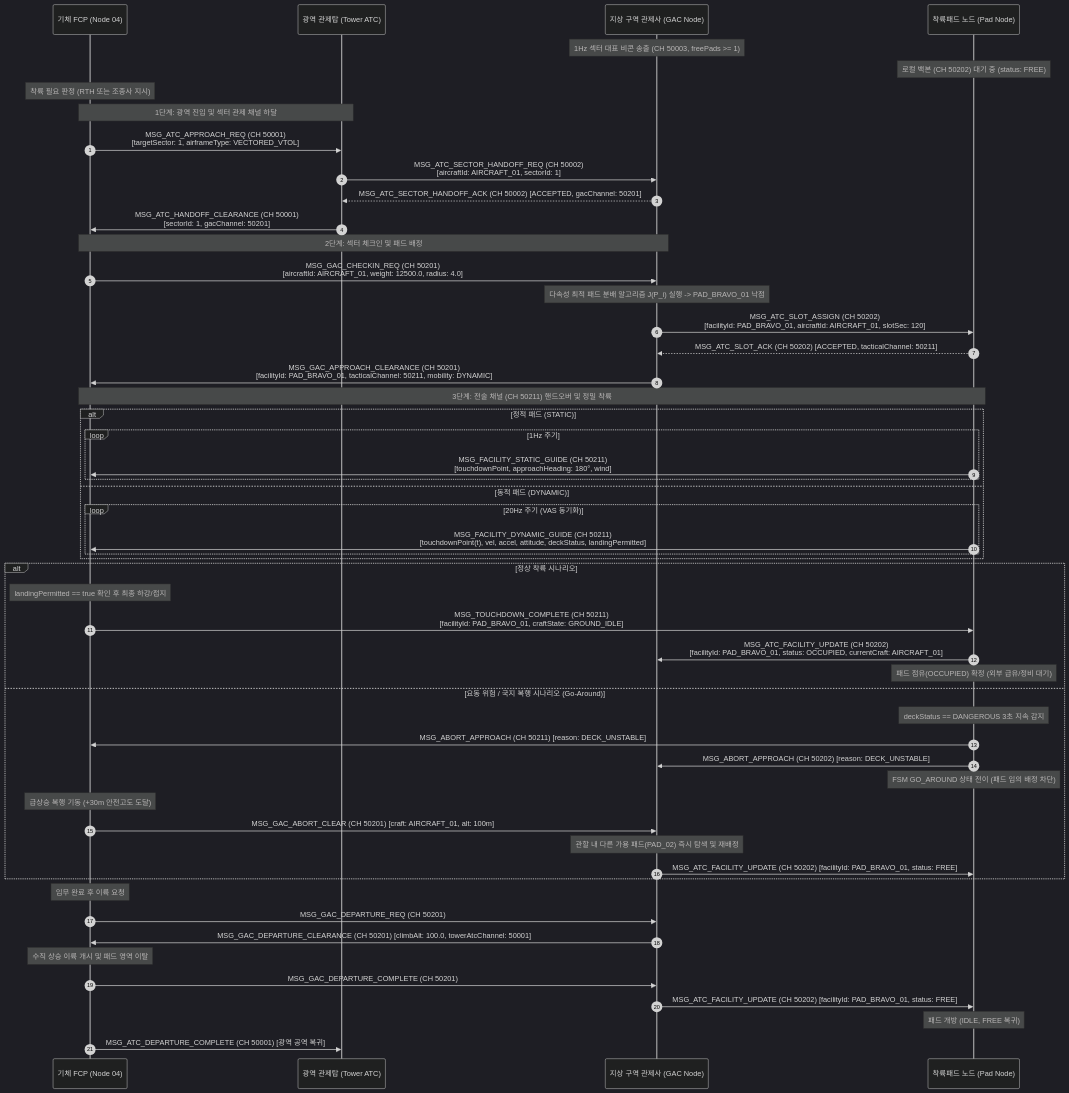
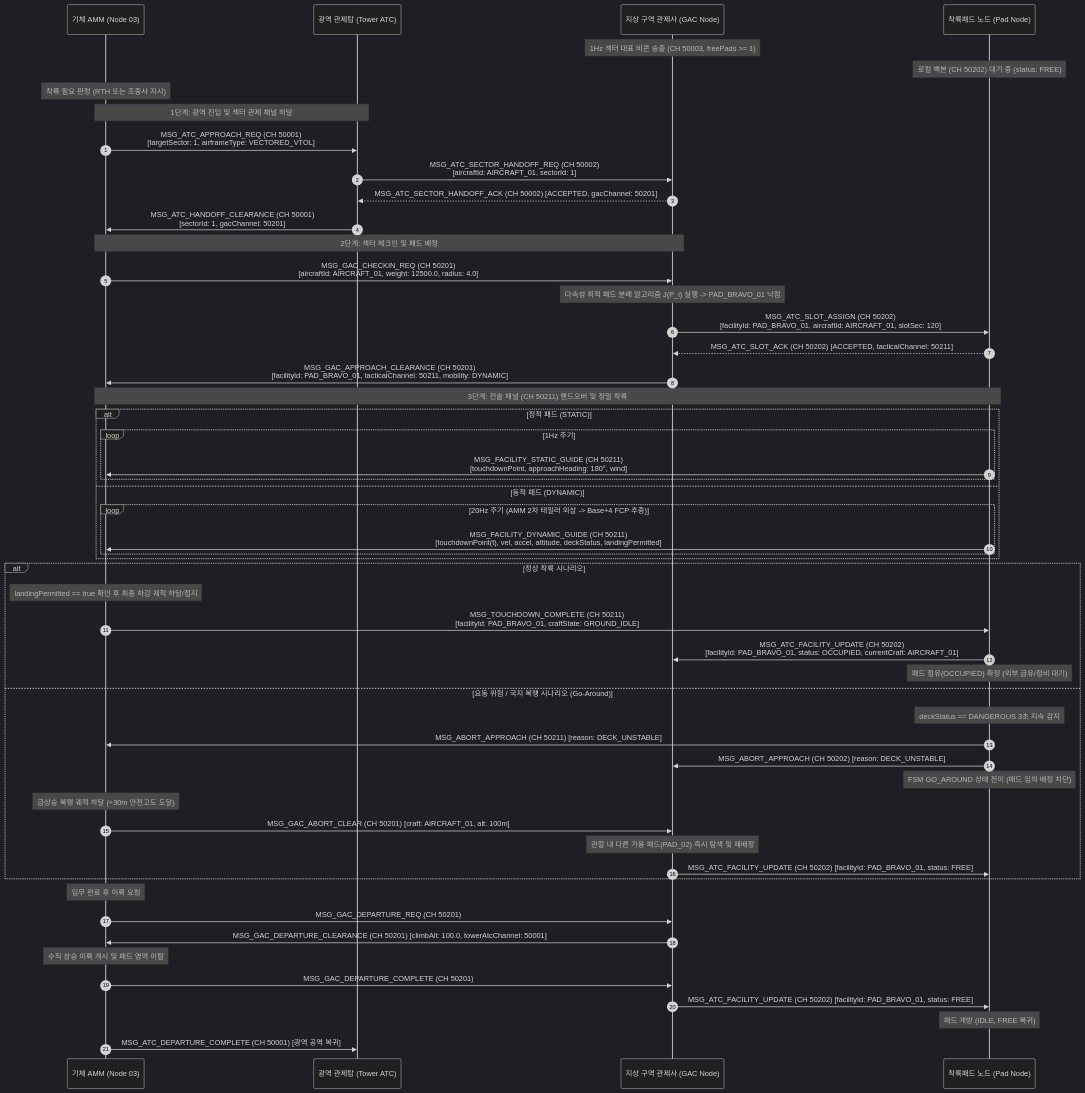
One commit to Polimachi/Aeroneutics_Autopilot changed the third of 4 diagrams in docs/specs/0_infra/landing_pad/LANDING_PAD_SPECIFICATION_AND_ICD.md. Above: the diagram before and after it, drawn with Mermaid (dark theme). The commit also changed other lines of this file and 18 other files, not shown here.

Commit message:
docs(specs): shrink FCP to SE(3) outer-loop and migrate gateway/nav/mission ownership to AMM (TASK-206)

````diff
--- a/docs/specs/0_infra/landing_pad/LANDING_PAD_SPECIFICATION_AND_ICD.md
+++ b/docs/specs/0_infra/landing_pad/LANDING_PAD_SPECIFICATION_AND_ICD.md
@@ -442,62 +444,62 @@
 ```mermaid
 sequenceDiagram
     autonumber
-    participant A as 기체 FCP (Node 04)
+    participant A as 기체 AMM (Node 03)
     participant ATC as 광역 관제탑 (Tower ATC)
     participant GAC as 지상 구역 관제사 (GAC Node)
     participant P as 착륙패드 노드 (Pad Node)
 
     Note over GAC: 1Hz 섹터 대표 비콘 송출 (CH 50003, freePads >= 1)
     Note over P: 로컬 백본 (CH 50202) 대기 중 (status: FREE)
     Note over A: 착륙 필요 판정 (RTH 또는 조종사 지시)
     
     Note over A,ATC: 1단계: 광역 진입 및 섹터 관제 채널 하달
     A->>ATC: MSG_ATC_APPROACH_REQ (CH 50001)<br/>[targetSector: 1, airframeType: VECTORED_VTOL]
     ATC->>GAC: MSG_ATC_SECTOR_HANDOFF_REQ (CH 50002)<br/>[aircraftId: AIRCRAFT_01, sectorId: 1]
     GAC-->>ATC: MSG_ATC_SECTOR_HANDOFF_ACK (CH 50002) [ACCEPTED, gacChannel: 50201]
     ATC->>A: MSG_ATC_HANDOFF_CLEARANCE (CH 50001)<br/>[sectorId: 1, gacChannel: 50201]
 
     Note over A,GAC: 2단계: 섹터 체크인 및 패드 배정
     A->>GAC: MSG_GAC_CHECKIN_REQ (CH 50201)<br/>[aircraftId: AIRCRAFT_01, weight: 12500.0, radius: 4.0]
     Note over GAC: 다속성 최적 패드 분배 알고리즘 J(P_i) 실행 -> PAD_BRAVO_01 낙점
     GAC->>P: MSG_ATC_SLOT_ASSIGN (CH 50202)<br/>[facilityId: PAD_BRAVO_01, aircraftId: AIRCRAFT_01, slotSec: 120]
     P-->>GAC: MSG_ATC_SLOT_ACK (CH 50202) [ACCEPTED, tacticalChannel: 50211]
     GAC->>A: MSG_GAC_APPROACH_CLEARANCE (CH 50201)<br/>[facilityId: PAD_BRAVO_01, tacticalChannel: 50211, mobility: DYNAMIC]
 
     Note over A,P: 3단계: 전술 채널 (CH 50211) 핸드오버 및 정밀 착륙
     alt 정적 패드 (STATIC)
         loop 1Hz 주기
             P->>A: MSG_FACILITY_STATIC_GUIDE (CH 50211)<br/>[touchdownPoint, approachHeading: 180°, wind]
         end
     else 동적 패드 (DYNAMIC)
-        loop 20Hz 주기 (VAS 동기화)
+        loop 20Hz 주기 (AMM 2차 테일러 외삽 -> Base+4 FCP 추종)
             P->>A: MSG_FACILITY_DYNAMIC_GUIDE (CH 50211)<br/>[touchdownPoint(t), vel, accel, attitude, deckStatus, landingPermitted]
         end
     end
 
     alt 정상 착륙 시나리오
-        Note over A: landingPermitted == true 확인 후 최종 하강/접지
+        Note over A: landingPermitted == true 확인 후 최종 하강 궤적 하달/접지
         A->>P: MSG_TOUCHDOWN_COMPLETE (CH 50211)<br/>[facilityId: PAD_BRAVO_01, craftState: GROUND_IDLE]
         P->>GAC: MSG_ATC_FACILITY_UPDATE (CH 50202)<br/>[facilityId: PAD_BRAVO_01, status: OCCUPIED, currentCraft: AIRCRAFT_01]
         Note over P: 패드 점유(OCCUPIED) 확정 (외부 급유/정비 대기)
     else 요동 위험 / 국지 복행 시나리오 (Go-Around)
         Note over P: deckStatus == DANGEROUS 3초 지속 감지
         P->>A: MSG_ABORT_APPROACH (CH 50211) [reason: DECK_UNSTABLE]
         P->>GAC: MSG_ABORT_APPROACH (CH 50202) [reason: DECK_UNSTABLE]
         Note over P: FSM GO_AROUND 상태 전이 (패드 임의 배정 차단)
-        Note over A: 급상승 복행 기동 (+30m 안전고도 도달)
+        Note over A: 급상승 복행 궤적 하달 (+30m 안전고도 도달)
         A->>GAC: MSG_GAC_ABORT_CLEAR (CH 50201) [craft: AIRCRAFT_01, alt: 100m]
         Note over GAC: 관할 내 다른 가용 패드(PAD_02) 즉시 탐색 및 재배정
         GAC->>P: MSG_ATC_FACILITY_UPDATE (CH 50202) [facilityId: PAD_BRAVO_01, status: FREE]
     end
 
     Note over A: 임무 완료 후 이륙 요청
     A->>GAC: MSG_GAC_DEPARTURE_REQ (CH 50201)
     GAC->>A: MSG_GAC_DEPARTURE_CLEARANCE (CH 50201) [climbAlt: 100.0, towerAtcChannel: 50001]
     
     Note over A: 수직 상승 이륙 개시 및 패드 영역 이탈
     A->>GAC: MSG_GAC_DEPARTURE_COMPLETE (CH 50201)
     GAC->>P: MSG_ATC_FACILITY_UPDATE (CH 50202) [facilityId: PAD_BRAVO_01, status: FREE]
     Note over P: 패드 개방 (IDLE, FREE 복귀)
     A->>ATC: MSG_ATC_DEPARTURE_COMPLETE (CH 50001) [광역 공역 복귀]
 ```
````
